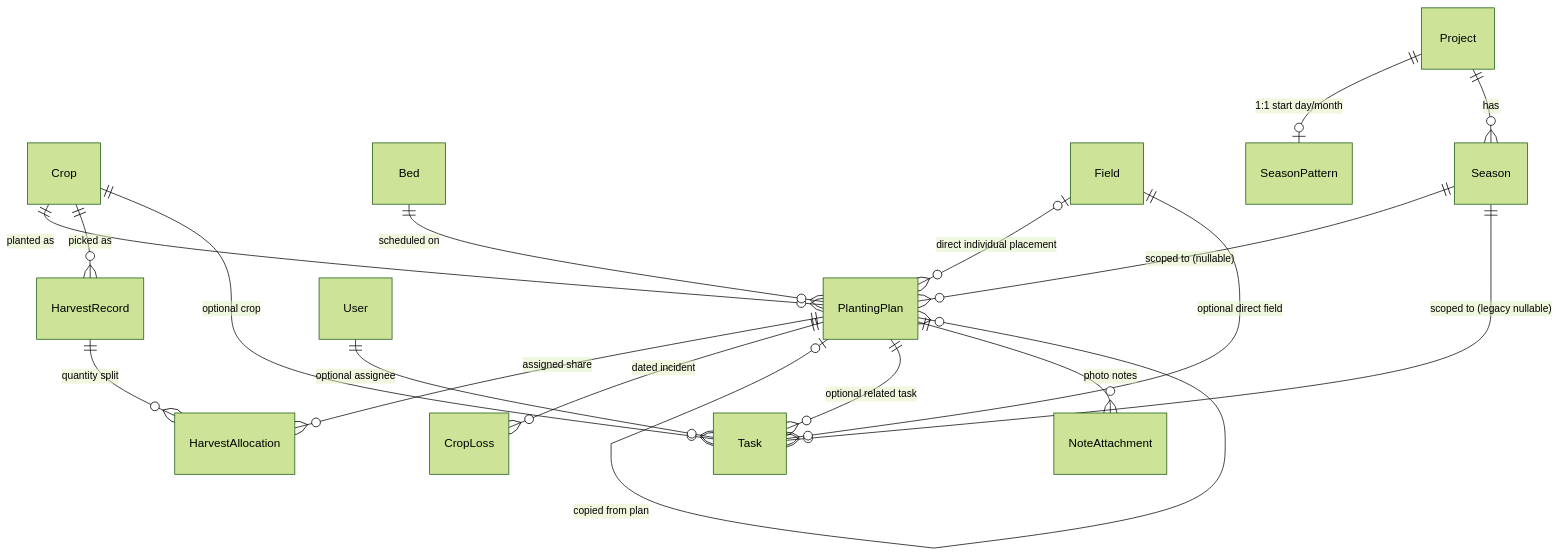
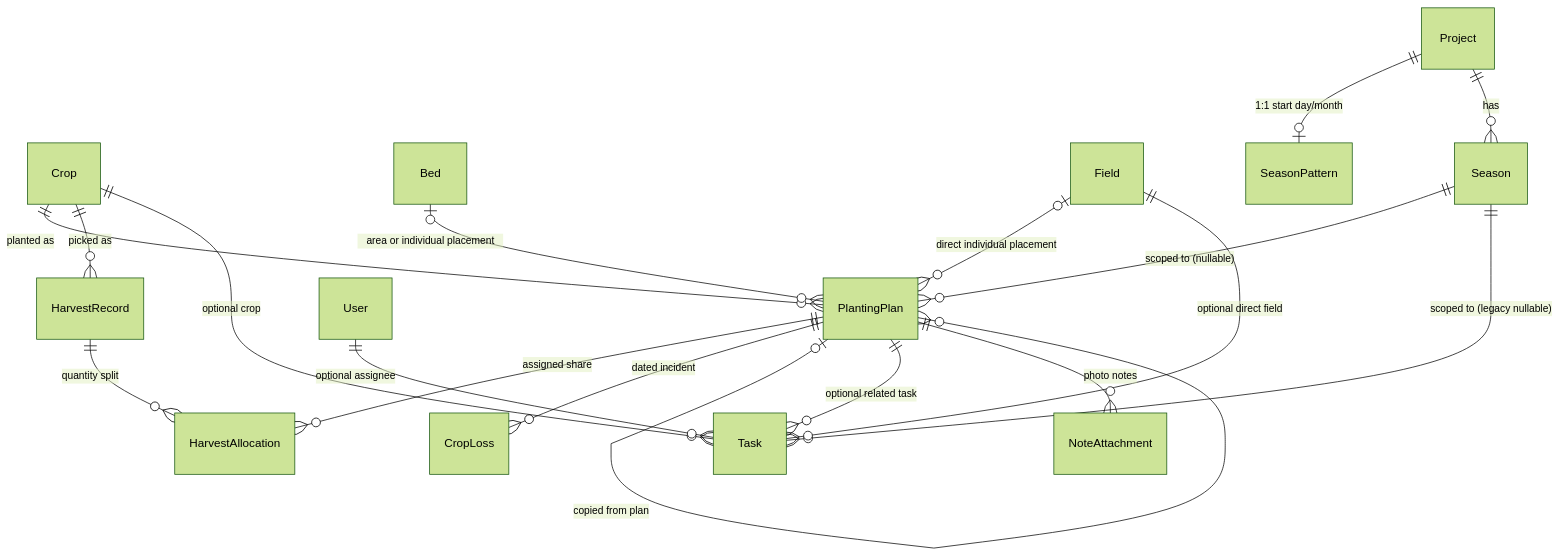
Before and after one commit to OpenFarmPlanner/planner: the fourth of 7 diagrams in docs/data-model.md, drawn with Mermaid (forest theme). The commit also changed other lines of this file and 66 other files, not shown here.

````diff
--- a/docs/data-model.md
+++ b/docs/data-model.md
@@ -320,20 +320,20 @@
 ```mermaid
 erDiagram
     Crop ||--o{ PlantingPlan : "planted as"
     Crop ||--o{ HarvestRecord : "picked as"
     HarvestRecord ||--o{ HarvestAllocation : "quantity split"
     PlantingPlan ||--o{ HarvestAllocation : "assigned share"
     PlantingPlan ||--o{ CropLoss : "dated incident"
-    Bed ||--o{ PlantingPlan : "scheduled on"
+    Bed |o--o{ PlantingPlan : "area or individual placement"
     Field |o--o{ PlantingPlan : "direct individual placement"
     Season ||--o{ PlantingPlan : "scoped to (nullable)"
     PlantingPlan |o--o{ PlantingPlan : "copied from plan"
     Project ||--o| SeasonPattern : "1:1 start day/month"
     Project ||--o{ Season : has
     PlantingPlan ||--o{ Task : "optional related task"
     Season ||--o{ Task : "scoped to (legacy nullable)"
     Crop ||--o{ Task : "optional crop"
     Field ||--o{ Task : "optional direct field"
     User ||--o{ Task : "optional assignee"
     PlantingPlan ||--o{ NoteAttachment : "photo notes"
 ```
````
